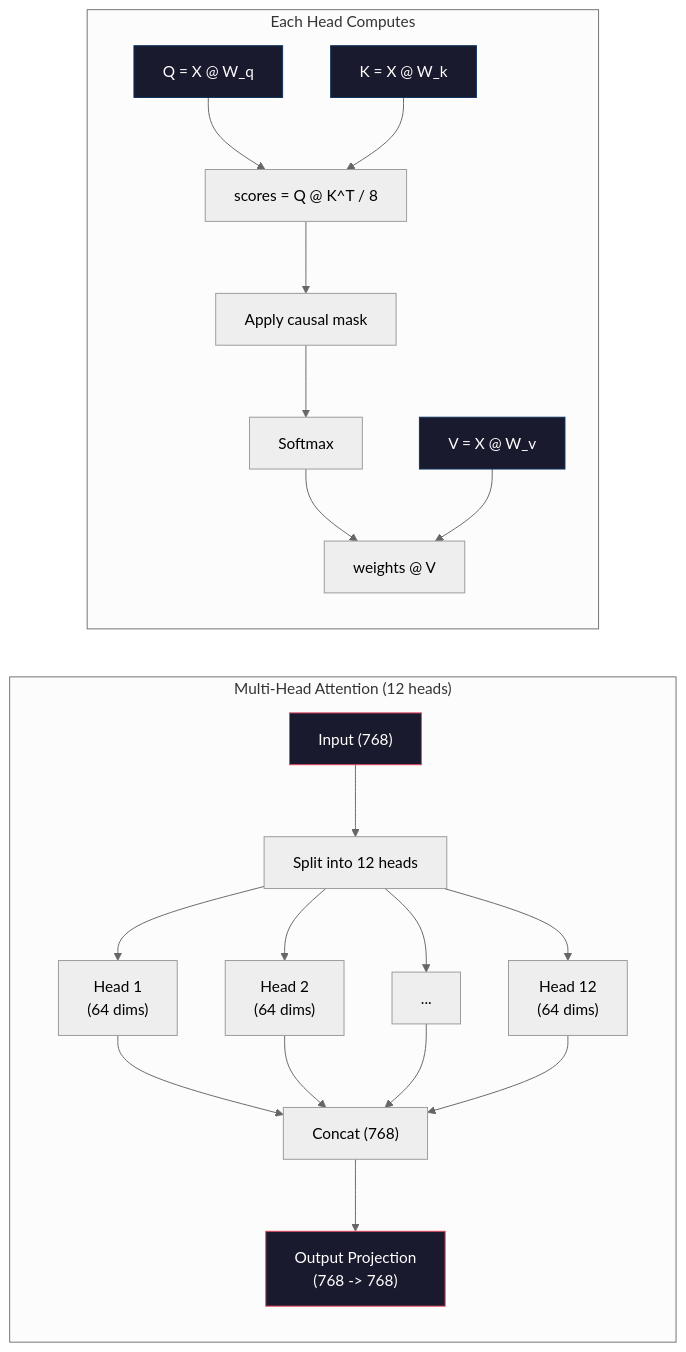
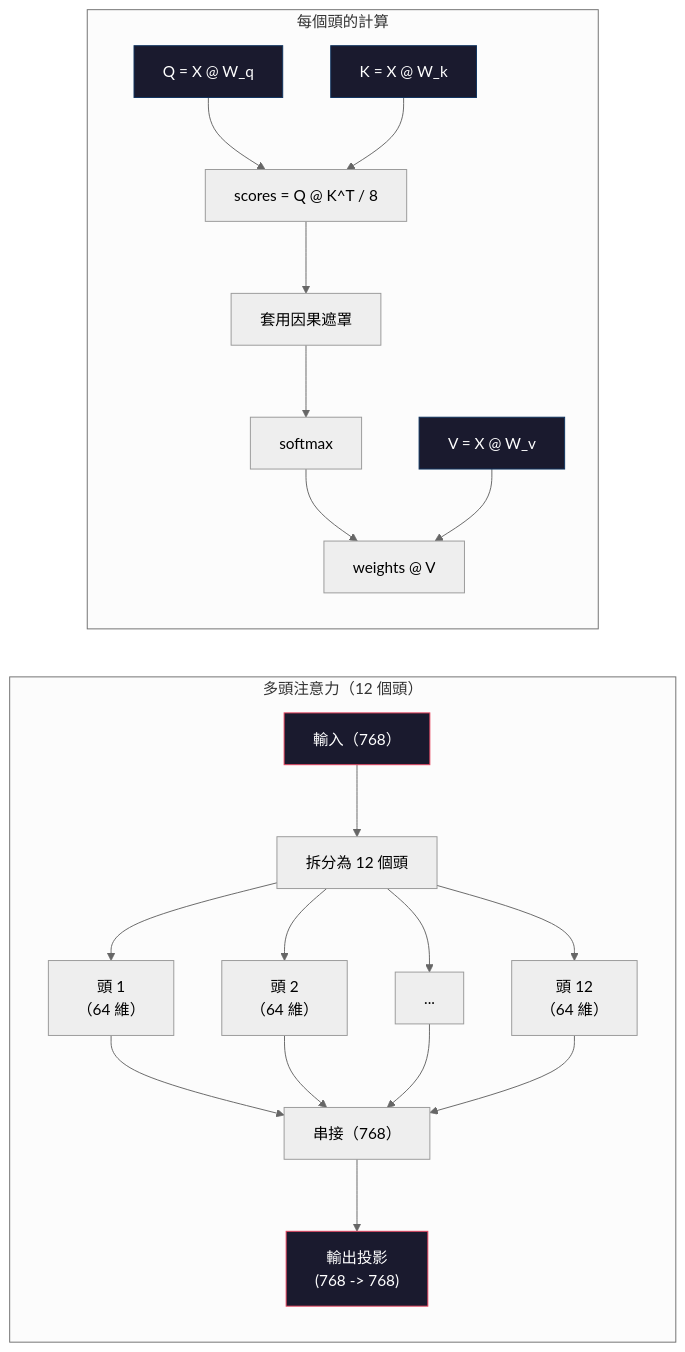
Before and after one commit to edward821220/ai-engineering-from-scratch: the second of 3 diagrams in i18n/zh-TW/phases/10-llms-from-scratch/04-pre-training-mini-gpt/docs/zh-TW.md, drawn with Mermaid (neutral theme). The commit also changed other lines of this file and 123 other files, not shown here.

````diff
--- a/i18n/zh-TW/phases/10-llms-from-scratch/04-pre-training-mini-gpt/docs/zh-TW.md
+++ b/i18n/zh-TW/phases/10-llms-from-scratch/04-pre-training-mini-gpt/docs/zh-TW.md
@@ -111,32 +111,32 @@
 ```mermaid
 graph LR
-    subgraph MultiHead["Multi-Head Attention (12 heads)"]
+    subgraph MultiHead["多頭注意力（12 個頭）"]
         direction TB
-        I["Input (768)"] --> S1["Split into 12 heads"]
-        S1 --> H1["Head 1\n(64 dims)"]
-        S1 --> H2["Head 2\n(64 dims)"]
+        I["輸入（768）"] --> S1["拆分為 12 個頭"]
+        S1 --> H1["頭 1\n（64 維）"]
+        S1 --> H2["頭 2\n（64 維）"]
         S1 --> H3["..."]
-        S1 --> H12["Head 12\n(64 dims)"]
-        H1 --> C["Concat (768)"]
+        S1 --> H12["頭 12\n（64 維）"]
+        H1 --> C["串接（768）"]
         H2 --> C
         H3 --> C
         H12 --> C
-        C --> O["Output Projection\n(768 -> 768)"]
+        C --> O["輸出投影\n(768 -> 768)"]
     end
 
-    subgraph SingleHead["Each Head Computes"]
+    subgraph SingleHead["每個頭的計算"]
         direction TB
         Q["Q = X @ W_q"] --> A["scores = Q @ K^T / 8"]
         K["K = X @ W_k"] --> A
-        A --> M["Apply causal mask"]
-        M --> SM["Softmax"]
+        A --> M["套用因果遮罩"]
+        M --> SM["softmax"]
         SM --> MUL["weights @ V"]
         V["V = X @ W_v"] --> MUL
     end
 
     style I fill:#1a1a2e,stroke:#e94560,color:#fff
     style O fill:#1a1a2e,stroke:#e94560,color:#fff
     style Q fill:#1a1a2e,stroke:#0f3460,color:#fff
     style K fill:#1a1a2e,stroke:#0f3460,color:#fff
     style V fill:#1a1a2e,stroke:#0f3460,color:#fff
 ```
````
